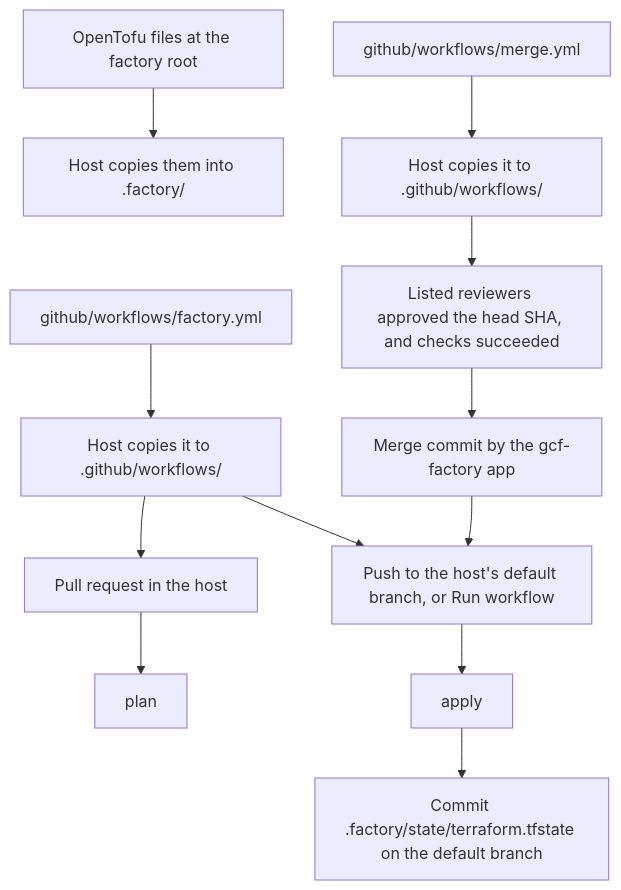
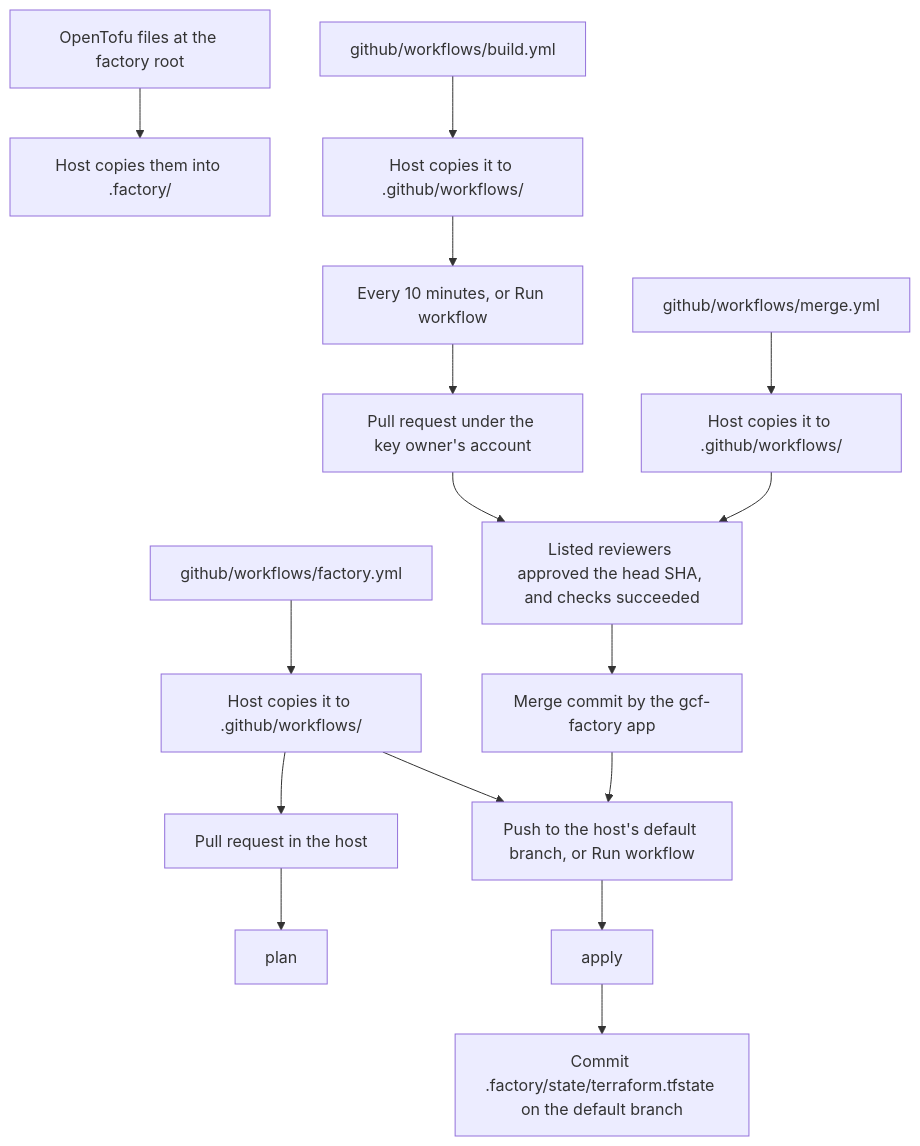
The diagram in README.md (TigranOhanyan/github-cursor-factory), drawn with Mermaid before and after one commit. The commit also changed other lines of this file and 1 other file, not shown here.

First line of the commit message:
Add the host workflow that builds claimed issues

````diff
--- a/README.md
+++ b/README.md
@@ -52,14 +54,18 @@
 ```mermaid
 flowchart TD
   files["OpenTofu files at the factory root"] --> dotfactory["Host copies them into .factory/"]
   wf["github/workflows/factory.yml"] --> hostwf["Host copies it to .github/workflows/"]
+  build["github/workflows/build.yml"] --> hostbuild["Host copies it to .github/workflows/"]
   merge["github/workflows/merge.yml"] --> hostmerge["Host copies it to .github/workflows/"]
   hostwf --> pr["Pull request in the host"]
   hostwf --> push["Push to the host's default branch, or Run workflow"]
   pr --> plan["plan"]
   push --> apply["apply"]
   apply --> state["Commit .factory/state/terraform.tfstate on the default branch"]
-  hostmerge --> gate["Listed reviewers approved the head SHA, and checks succeeded"]
+  hostbuild --> tick["Every 10 minutes, or Run workflow"]
+  tick --> opened["Pull request under the key owner's account"]
+  opened --> gate["Listed reviewers approved the head SHA, and checks succeeded"]
+  hostmerge --> gate
   gate --> mcommit["Merge commit by the gcf-factory app"]
   mcommit --> push
 ```
````
